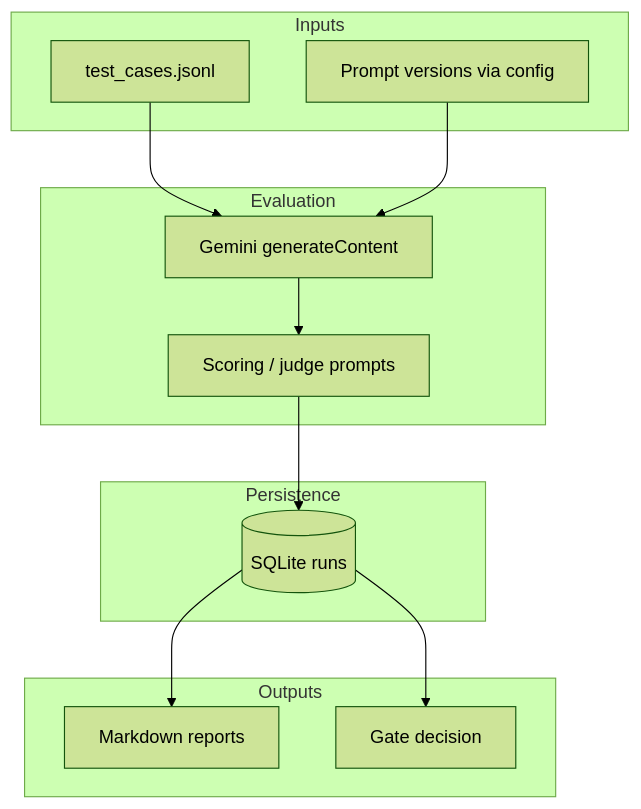
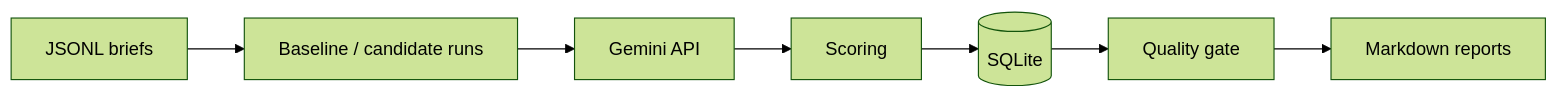
The diagram in README.md (LorenzoInc99/lego-campaign-evaluation-gate), drawn with Mermaid (forest theme) before and after one commit. The commit also changed other lines of this file, not shown here.

````diff
--- a/README.md
+++ b/README.md
@@ -62,24 +40,9 @@
 ```mermaid
-flowchart TB
-  subgraph inputs [Inputs]
-    TC[test_cases.jsonl]
-    PV[Prompt versions via config]
-  end
-  subgraph run [Evaluation]
-    GEN[Gemini generateContent]
-    JUDGE[Scoring / judge prompts]
-  end
-  subgraph store [Persistence]
-    DB[(SQLite runs)]
-  end
-  subgraph out [Outputs]
-    RPT[Markdown reports]
-    GATE[Gate decision]
-  end
-  TC --> GEN
-  PV --> GEN
-  GEN --> JUDGE
-  JUDGE --> DB
-  DB --> RPT
-  DB --> GATE
+flowchart LR
+  JSONL[JSONL briefs] --> RUN[Baseline / candidate runs]
+  RUN --> API[Gemini API]
+  API --> SCORE[Scoring]
+  SCORE --> DB[(SQLite)]
+  DB --> GATE[Quality gate]
+  GATE --> MD[Markdown reports]
 ```
````
